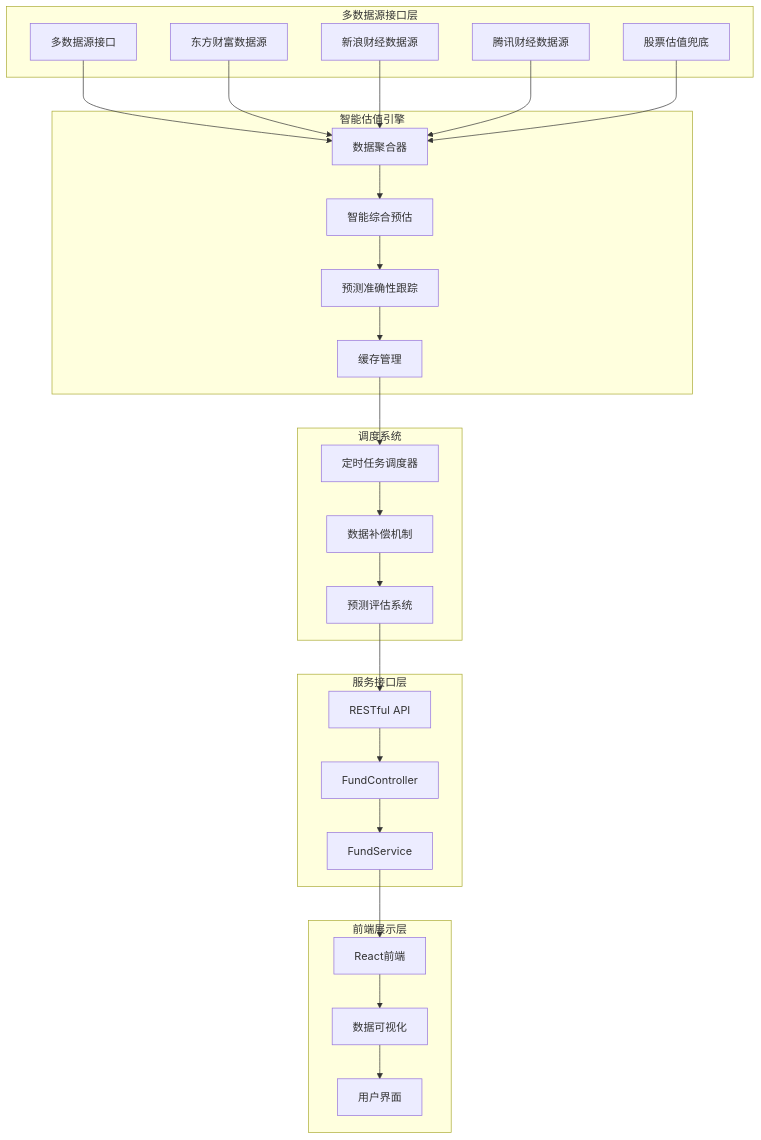
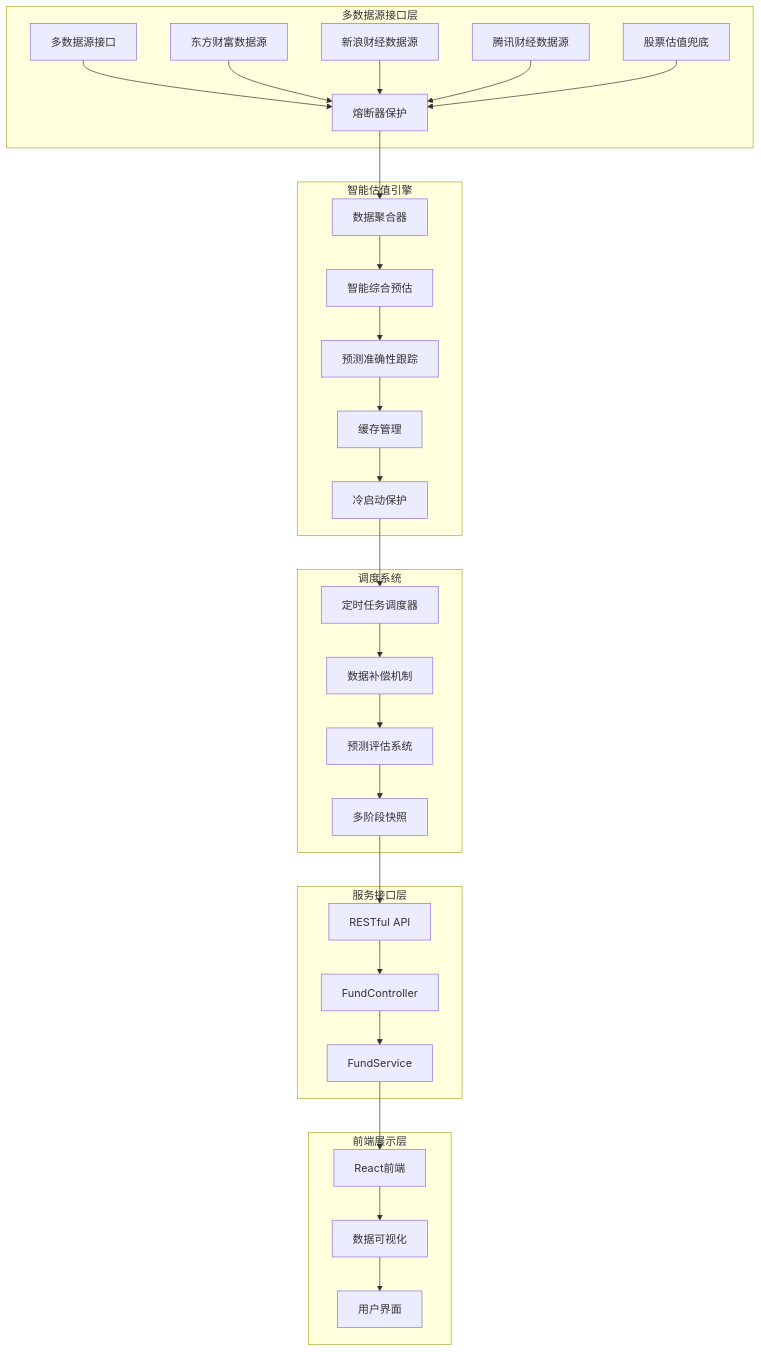
The first of 21 diagrams in .qoder/repowiki/zh/content/核心功能开发/多源基金估值系统.md (gree-coder/fund-butler), drawn with Mermaid before and after one commit. The commit also changed other lines of this file and 23 other files, not shown here.

````diff
--- a/.qoder/repowiki/zh/content/核心功能开发/多源基金估值系统.md
+++ b/.qoder/repowiki/zh/content/核心功能开发/多源基金估值系统.md
@@ -69,48 +74,54 @@
 ```mermaid
 graph TB
 subgraph "多数据源接口层"
 A[多数据源接口]
 B[东方财富数据源]
 C[新浪财经数据源]
 D[腾讯财经数据源]
 E[股票估值兜底]
+F[熔断器保护]
 end
 subgraph "智能估值引擎"
-F[数据聚合器]
-G[智能综合预估]
-H[预测准确性跟踪]
-I[缓存管理]
+G[数据聚合器]
+H[智能综合预估]
+I[预测准确性跟踪]
+J[缓存管理]
+K[冷启动保护]
 end
 subgraph "调度系统"
-J[定时任务调度器]
-K[数据补偿机制]
-L[预测评估系统]
+L[定时任务调度器]
+M[数据补偿机制]
+N[预测评估系统]
+O[多阶段快照]
 end
 subgraph "服务接口层"
-M[RESTful API]
-N[FundController]
-O[FundService]
+P[RESTful API]
+Q[FundController]
+R[FundService]
 end
 subgraph "前端展示层"
-P[React前端]
-Q[数据可视化]
-R[用户界面]
+S[React前端]
+T[数据可视化]
+U[用户界面]
 end
 A --> F
 B --> F
 C --> F
 D --> F
 E --> F
 F --> G
 G --> H
 H --> I
 I --> J
 J --> K
 K --> L
 L --> M
 M --> N
 N --> O
 O --> P
 P --> Q
 Q --> R
+R --> S
+S --> T
+T --> U
 ```
````
